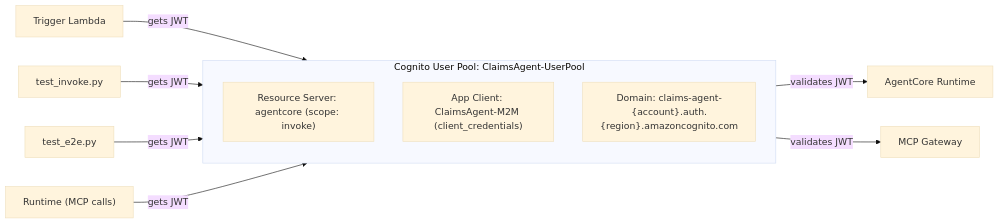
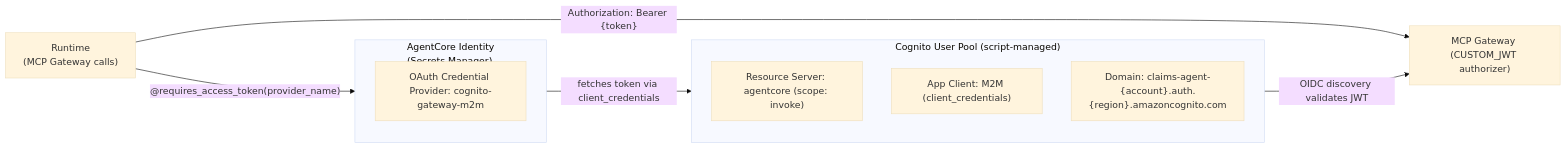
The fourth of 4 diagrams in 02-use-cases/02-workflow-automation-agents/event-driven-claims-agent/docs/ARCHITECTURE.md (awslabs/amazon-bedrock-agentcore-samples), drawn with Mermaid (base theme) before and after one commit. The commit also changed other lines of this file and 15 other files, not shown here.

First line of the commit message:
docs: update architecture, decisions, deployment, and configuration docs

````diff
--- a/02-use-cases/02-workflow-automation-agents/event-driven-claims-agent/docs/ARCHITECTURE.md
+++ b/02-use-cases/02-workflow-automation-agents/event-driven-claims-agent/docs/ARCHITECTURE.md
@@ -207,19 +197,20 @@
 ```mermaid
 flowchart LR
     direction LR
 
-    subgraph CognitoPool["Cognito User Pool: ClaimsAgent-UserPool"]
+    subgraph CognitoPool["Cognito User Pool (script-managed)"]
         direction TB
         RS["Resource Server: agentcore (scope: invoke)"]
-        Client["App Client: ClaimsAgent-M2M (client_credentials)"]
+        Client["App Client: M2M (client_credentials)"]
         Domain["Domain: claims-agent-{account}.auth.{region}.amazoncognito.com"]
     end
 
-    Trigger["Trigger Lambda"] -->|"gets JWT"| CognitoPool
-    TestInvoke["test_invoke.py"] -->|"gets JWT"| CognitoPool
-    TestE2E["test_e2e.py"] -->|"gets JWT"| CognitoPool
-    RuntimeMCP["Runtime (MCP calls)"] -->|"gets JWT"| CognitoPool
+    subgraph IdentityVault["AgentCore Identity<br/>(Secrets Manager)"]
+        Cred["OAuth Credential Provider: cognito-gateway-m2m"]
+    end
 
-    CognitoPool -->|"validates JWT"| Runtime["AgentCore Runtime"]
-    CognitoPool -->|"validates JWT"| Gateway["MCP Gateway"]
+    RuntimeMCP["Runtime<br/>(MCP Gateway calls)"] -->|"@requires_access_token(provider_name)"| IdentityVault
+    IdentityVault -->|"fetches token via client_credentials"| CognitoPool
+    RuntimeMCP -->|"Authorization: Bearer {token}"| Gateway["MCP Gateway (CUSTOM_JWT authorizer)"]
+    CognitoPool -->|"OIDC discovery validates JWT"| Gateway
 ```
````
